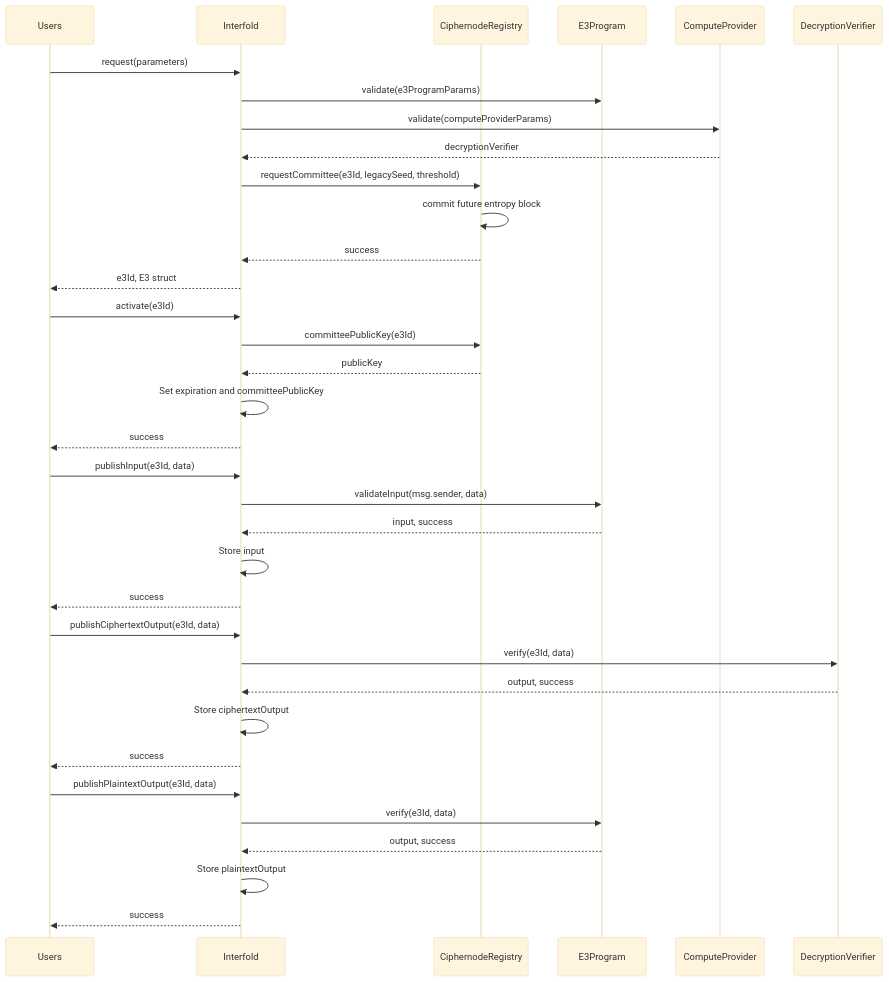
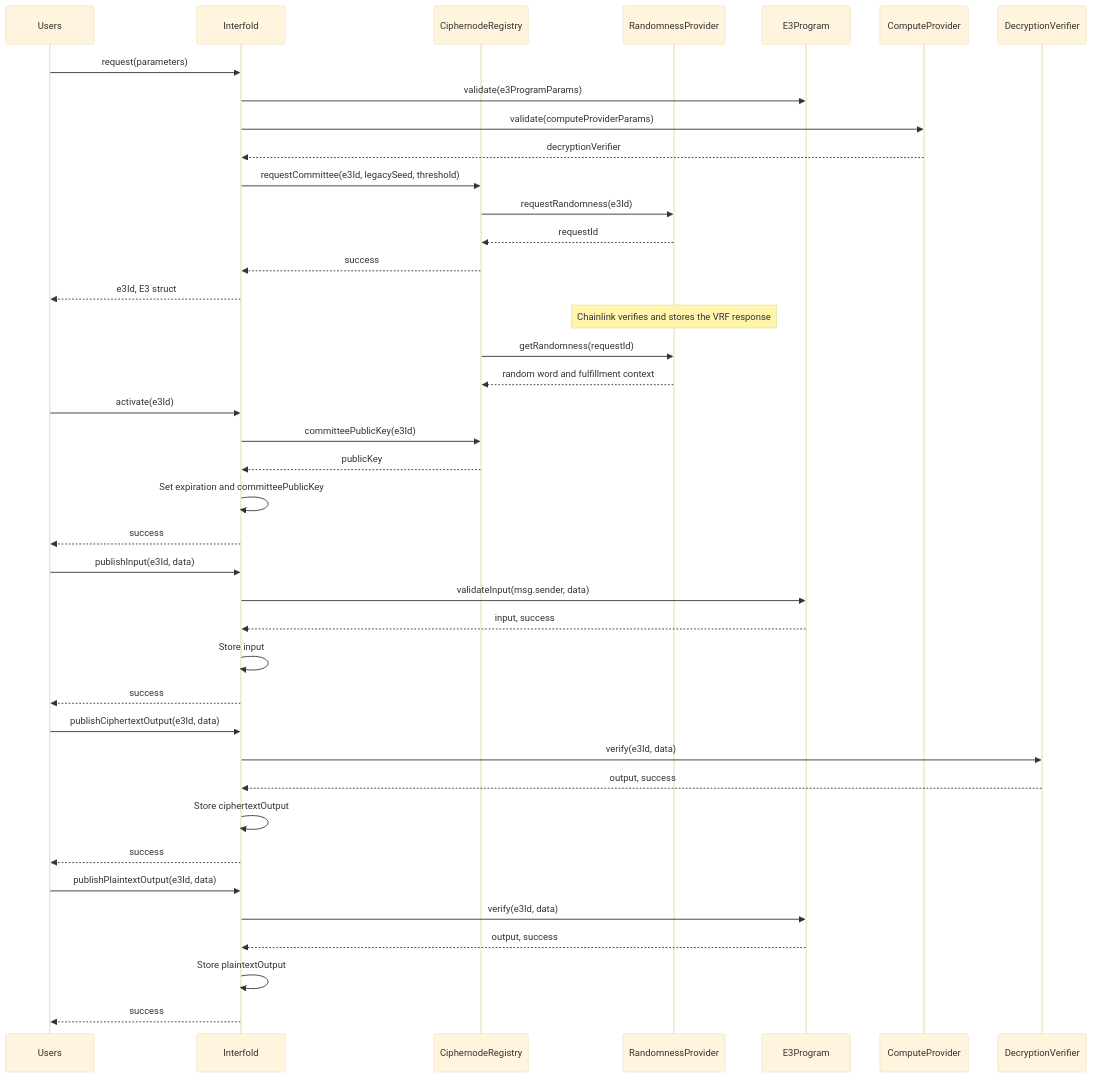
Before and after one commit to auryn-macmillan/enclave: the diagram in README.md, drawn with Mermaid (base theme). The commit also changed 114 other files, not shown here.

Commit message:
fix(sortition): use Chainlink VRF randomness [skip-line-limit] (#1881)

````diff
--- a/README.md
+++ b/README.md
@@ -264,42 +264,48 @@
 ```mermaid
 sequenceDiagram
     participant Users
     participant Interfold
     participant CiphernodeRegistry
+    participant RandomnessProvider
     participant E3Program
     participant ComputeProvider
     participant DecryptionVerifier
 
     Users->>Interfold: request(parameters)
     Interfold->>E3Program: validate(e3ProgramParams)
     Interfold->>ComputeProvider: validate(computeProviderParams)
     ComputeProvider-->>Interfold: decryptionVerifier
     Interfold->>CiphernodeRegistry: requestCommittee(e3Id, legacySeed, threshold)
-    CiphernodeRegistry->>CiphernodeRegistry: commit future entropy block
+    CiphernodeRegistry->>RandomnessProvider: requestRandomness(e3Id)
+    RandomnessProvider-->>CiphernodeRegistry: requestId
     CiphernodeRegistry-->>Interfold: success
     Interfold-->>Users: e3Id, E3 struct
+
+    Note over RandomnessProvider: Chainlink verifies and stores the VRF response
+    CiphernodeRegistry->>RandomnessProvider: getRandomness(requestId)
+    RandomnessProvider-->>CiphernodeRegistry: random word and fulfillment context
 
     Users->>Interfold: activate(e3Id)
     Interfold->>CiphernodeRegistry: committeePublicKey(e3Id)
     CiphernodeRegistry-->>Interfold: publicKey
     Interfold->>Interfold: Set expiration and committeePublicKey
     Interfold-->>Users: success
 
     Users->>Interfold: publishInput(e3Id, data)
     Interfold->>E3Program: validateInput(msg.sender, data)
     E3Program-->>Interfold: input, success
     Interfold->>Interfold: Store input
     Interfold-->>Users: success
 
     Users->>Interfold: publishCiphertextOutput(e3Id, data)
     Interfold->>DecryptionVerifier: verify(e3Id, data)
     DecryptionVerifier-->>Interfold: output, success
     Interfold->>Interfold: Store ciphertextOutput
     Interfold-->>Users: success
 
     Users->>Interfold: publishPlaintextOutput(e3Id, data)
     Interfold->>E3Program: verify(e3Id, data)
     E3Program-->>Interfold: output, success
     Interfold->>Interfold: Store plaintextOutput
     Interfold-->>Users: success
 ```
````
